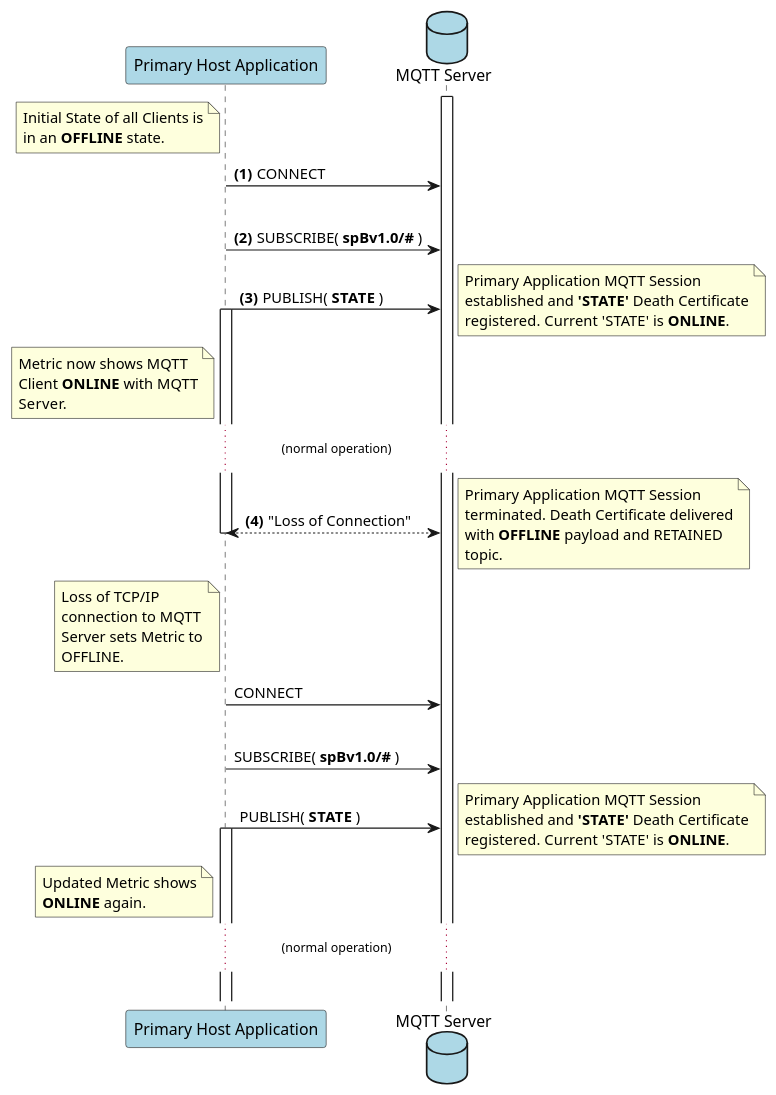
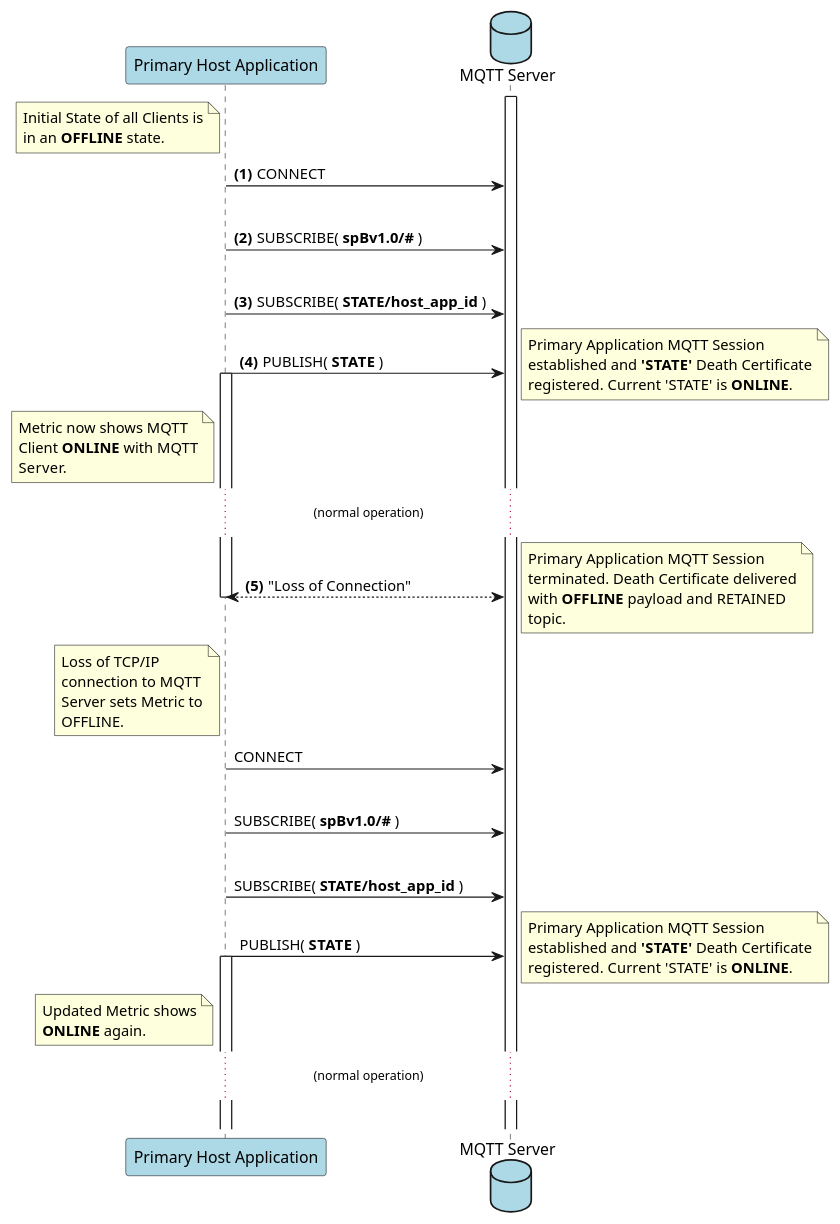
The diagram in specification/src/main/asciidoc/assets/plantuml/host-session-establishment.puml (eclipse-sparkplug/sparkplug), drawn with PlantUML before and after one commit.

Commit message:
Fixes issue #273.

```diff
--- a/specification/src/main/asciidoc/assets/plantuml/host-session-establishment.puml
+++ b/specification/src/main/asciidoc/assets/plantuml/host-session-establishment.puml
@@ -1,82 +1,86 @@
 @startuml
 participant "Primary Host Application" as PrimApp #lightblue
 database "MQTT Server" as Server #lightblue
 
 activate Server
 
 
 note left of PrimApp
 Initial State of all Clients is
 in an **OFFLINE** state.
 end note
 
 autonumber 1 "<b>(#)"
 PrimApp -> Server : CONNECT
 
 |||
 PrimApp -> Server : SUBSCRIBE( **spBv1.0/#** )
+|||
+PrimApp -> Server : SUBSCRIBE( **STATE/host_app_id** )
 
 
 PrimApp -> Server : PUBLISH( **STATE** )
 activate PrimApp
 
 note right
 Primary Application MQTT Session
 established and **'STATE'** Death Certificate
 registered. Current 'STATE' is **ONLINE**.
 end note
 
 
 note left of PrimApp
 Metric now shows MQTT
 Client **ONLINE** with MQTT
 Server.
 end note
 
 ... (normal operation) ...
 
 
 PrimApp <--> Server : "Loss of Connection"
 autonumber stop
 
 note left of PrimApp
 Loss of TCP/IP
 connection to MQTT
 Server sets Metric to
 OFFLINE.
 end note
 
 deactivate PrimApp
 
 note right
 Primary Application MQTT Session
 terminated. Death Certificate delivered
 with **OFFLINE** payload and RETAINED
 topic.
 end note
 
 PrimApp -> Server : CONNECT
 
 |||
+PrimApp -> Server : SUBSCRIBE( **spBv1.0/#** )
+|||
+PrimApp -> Server : SUBSCRIBE( **STATE/host_app_id** )
 
-PrimApp -> Server : SUBSCRIBE( **spBv1.0/#** )
 
 PrimApp -> Server : PUBLISH( **STATE** )
 activate PrimApp
 
 note right
 Primary Application MQTT Session
 established and **'STATE'** Death Certificate
 registered. Current 'STATE' is **ONLINE**.
 end note
 
 
 note left of PrimApp
 Updated Metric shows
 **ONLINE** again.
 end note
 
 ... (normal operation) ...
 
 |||
 @enduml
```
